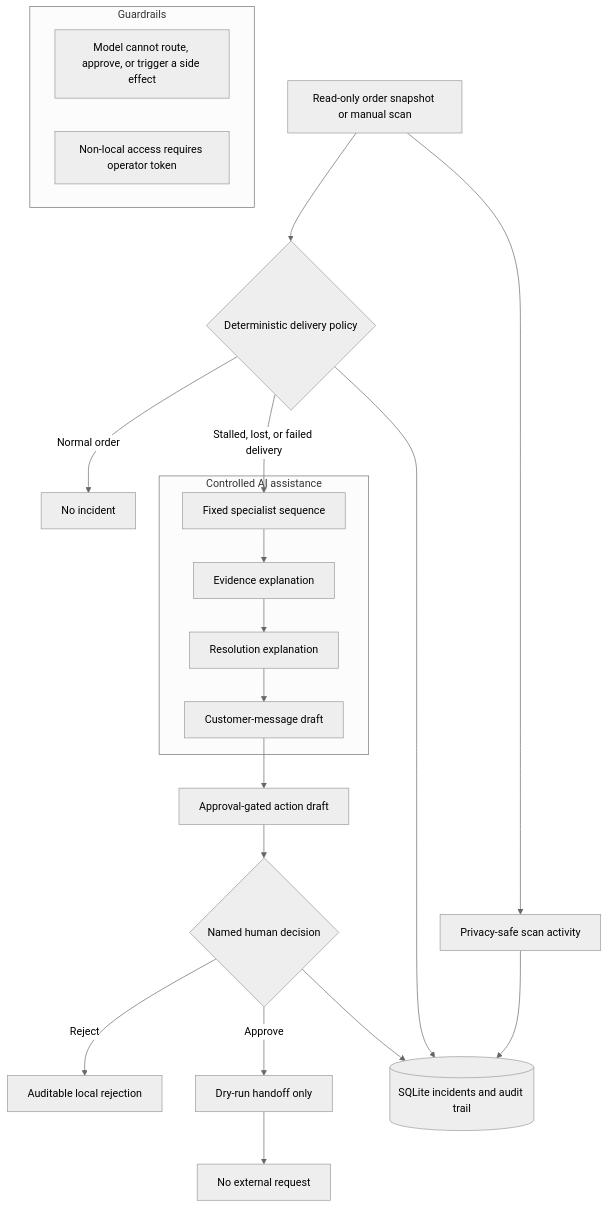
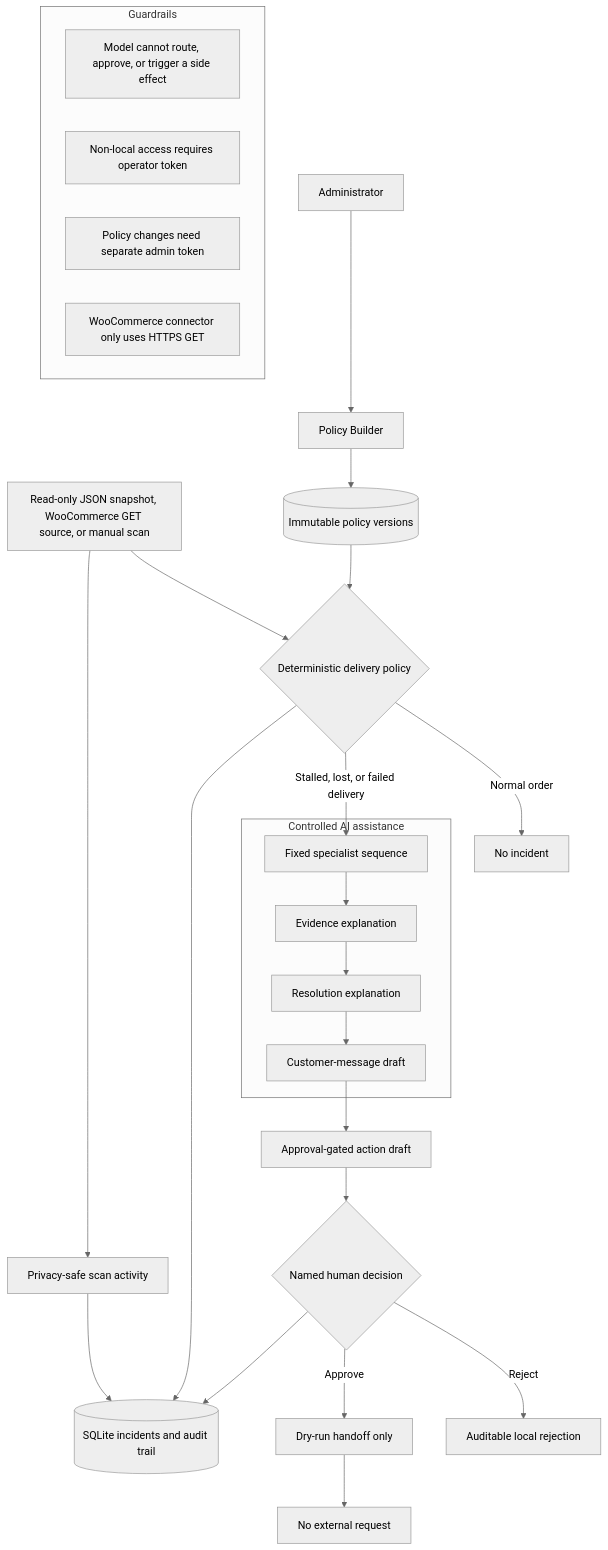
Before and after one commit to piechockidaniel/order-exception-captain: the diagram in docs/Architecture.md, drawn with Mermaid (neutral theme). The commit also changed other lines of this file and 24 other files, not shown here.

Commit message:
feat: add policy builder and read-only WooCommerce source

````diff
--- a/docs/Architecture.md
+++ b/docs/Architecture.md
@@ -3,30 +3,35 @@
 ```mermaid
 flowchart TD
-    A[Read-only order snapshot or manual scan] --> B{Deterministic delivery policy}
+    A[Read-only JSON snapshot, WooCommerce GET source, or manual scan] --> B{Deterministic delivery policy}
     B -->|Normal order| C[No incident]
     B -->|Stalled, lost, or failed delivery| D[Fixed specialist sequence]
     D --> E[Evidence explanation]
     E --> F[Resolution explanation]
     F --> G[Customer-message draft]
     G --> H[Approval-gated action draft]
     H --> I{Named human decision}
     I -->|Reject| J[Auditable local rejection]
     I -->|Approve| K[Dry-run handoff only]
     K --> L[No external request]
     B --> M[(SQLite incidents and audit trail)]
     I --> M
     A --> N[Privacy-safe scan activity]
     N --> M
+    Q[Administrator] --> R[Policy Builder]
+    R --> S[(Immutable policy versions)]
+    S --> B
 
     subgraph Controlled AI assistance
       D
       E
       F
       G
     end
 
     subgraph Guardrails
       O[Model cannot route, approve, or trigger a side effect]
       P[Non-local access requires operator token]
+      T[Policy changes need separate admin token]
+      U[WooCommerce connector only uses HTTPS GET]
     end
 ```
````
